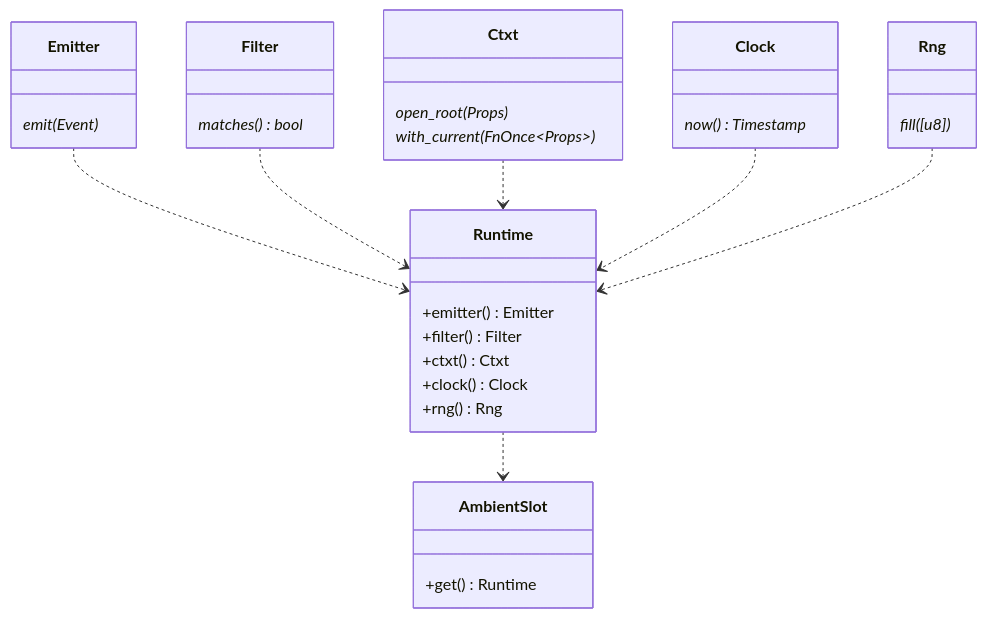
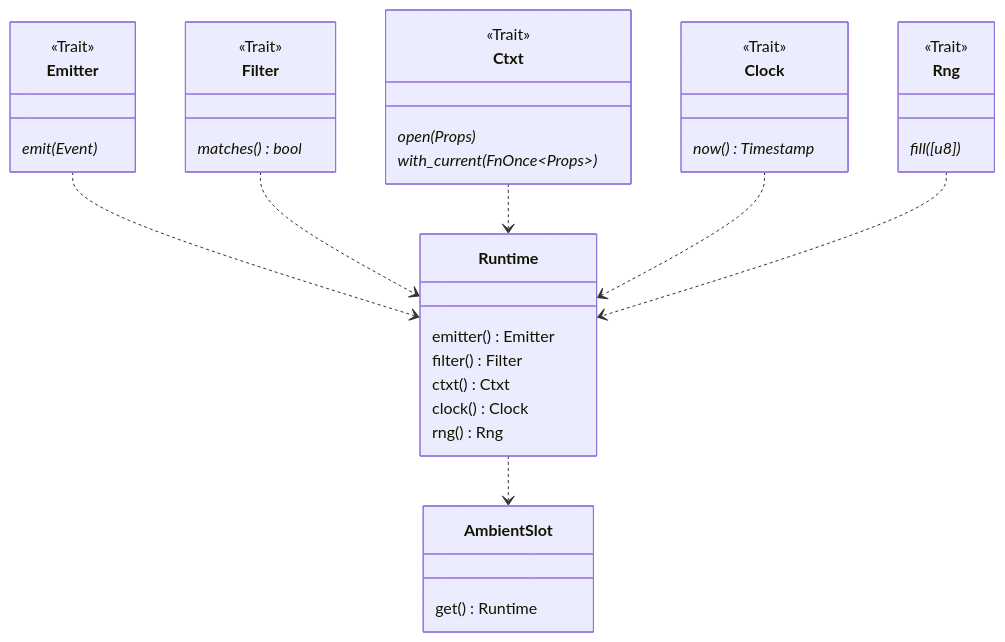
Before and after one commit to emit-rs/emit: the diagram in book/src/reference/architecture.md, drawn with Mermaid. The commit also changed 1 other file, not shown here.

Commit message:
fill in more mermaid charts

````diff
--- a/book/src/reference/architecture.md
+++ b/book/src/reference/architecture.md
@@ -3,43 +3,61 @@
 ```mermaid
 classDiagram
     class AmbientSlot {
-        +get() Runtime
+        get() Runtime
     }
 
     Runtime ..> AmbientSlot
 
     class Runtime {
-        +emitter() Emitter
-        +filter() Filter
-        +ctxt() Ctxt
-        +clock() Clock
-        +rng() Rng
+        emitter() Emitter
+        filter() Filter
+        ctxt() Ctxt
+        clock() Clock
+        rng() Rng
     }
 
     Emitter ..> Runtime
     Filter ..> Runtime
     Ctxt ..> Runtime
     Clock ..> Runtime
     Rng ..> Runtime
 
     class Emitter {
         emit(Event)*
     }
 
+    <<Trait>> Emitter
+
     class Filter {
         matches() bool*
     }
 
+    <<Trait>> Filter
+
     class Ctxt {
-        open_root(Props)*
+        open(Props)*
         with_current(FnOnce~Props~)*
     }
+
+    <<Trait>> Ctxt
 
     class Clock {
         now() Timestamp*
     }
 
+    <<Trait>> Clock
+
     class Rng {
         fill([u8])*
     }
+
+    <<Trait>> Rng
+
+    click Emitter href "https://docs.rs/emit/0.11.0-alpha.17/emit/trait.Emitter.html"
+    click Filter href "https://docs.rs/emit/0.11.0-alpha.17/emit/trait.Filter.html"
+    click Ctxt href "https://docs.rs/emit/0.11.0-alpha.17/emit/trait.Ctxt.html"
+    click Clock href "https://docs.rs/emit/0.11.0-alpha.17/emit/trait.Clock.html"
+    click Rng href "https://docs.rs/emit/0.11.0-alpha.17/emit/trait.Rng.html"
+    click Runtime href "https://docs.rs/emit/0.11.0-alpha.17/emit/runtime/struct.Runtime.html"
+    click AmbientSlot href "https://docs.rs/emit/0.11.0-alpha.17/emit/runtime/struct.AmbientSlot.html"
 ```
````
